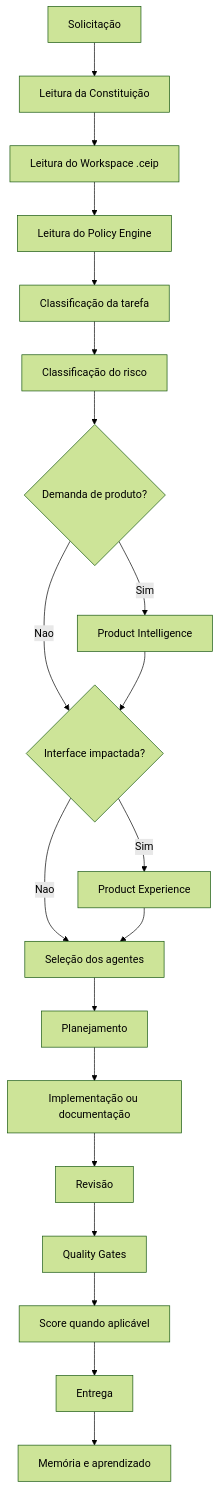
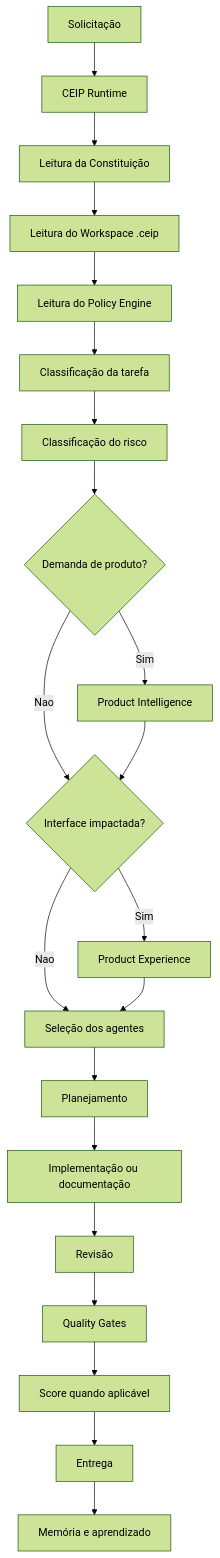
Before and after one commit to thyags/method-ceip: the diagram in MANUAL_DE_USO.md, drawn with Mermaid (forest theme). The commit also changed other lines of this file and 61 other files, not shown here.

Commit message:
Add CEIP runtime release candidate

````diff
--- a/MANUAL_DE_USO.md
+++ b/MANUAL_DE_USO.md
@@ -273,22 +286,23 @@
 ```mermaid
 flowchart TD
-    A["Solicitação"] --> B["Leitura da Constituição"]
+    A["Solicitação"] --> R["CEIP Runtime"]
+    R --> B["Leitura da Constituição"]
     B --> B2["Leitura do Workspace .ceip"]
     B2 --> C["Leitura do Policy Engine"]
     C --> D["Classificação da tarefa"]
     D --> E["Classificação do risco"]
     E --> F{"Demanda de produto?"}
     F -->|Sim| G["Product Intelligence"]
     F -->|Nao| H{"Interface impactada?"}
     G --> H
     H -->|Sim| I["Product Experience"]
     H -->|Nao| J["Seleção dos agentes"]
     I --> J
     J --> K["Planejamento"]
     K --> L["Implementação ou documentação"]
     L --> M["Revisão"]
     M --> N["Quality Gates"]
     N --> O["Score quando aplicável"]
     O --> P["Entrega"]
     P --> Q["Memória e aprendizado"]
 ```
````
